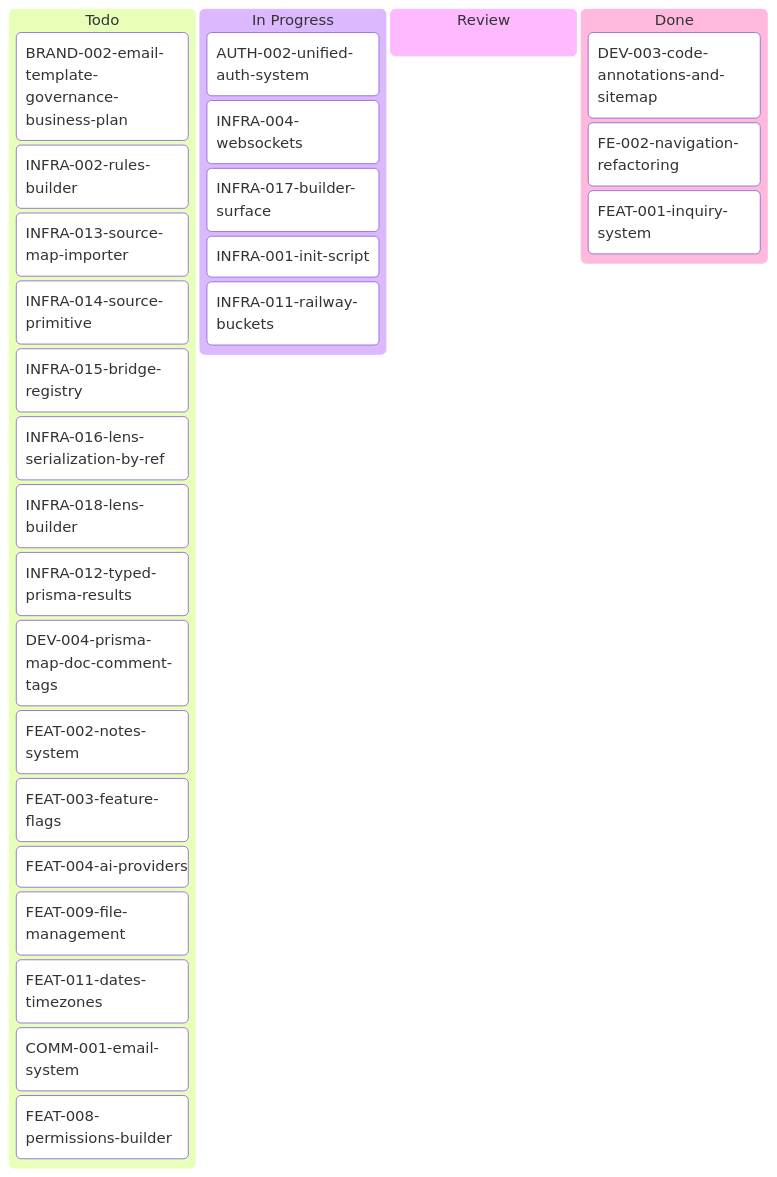
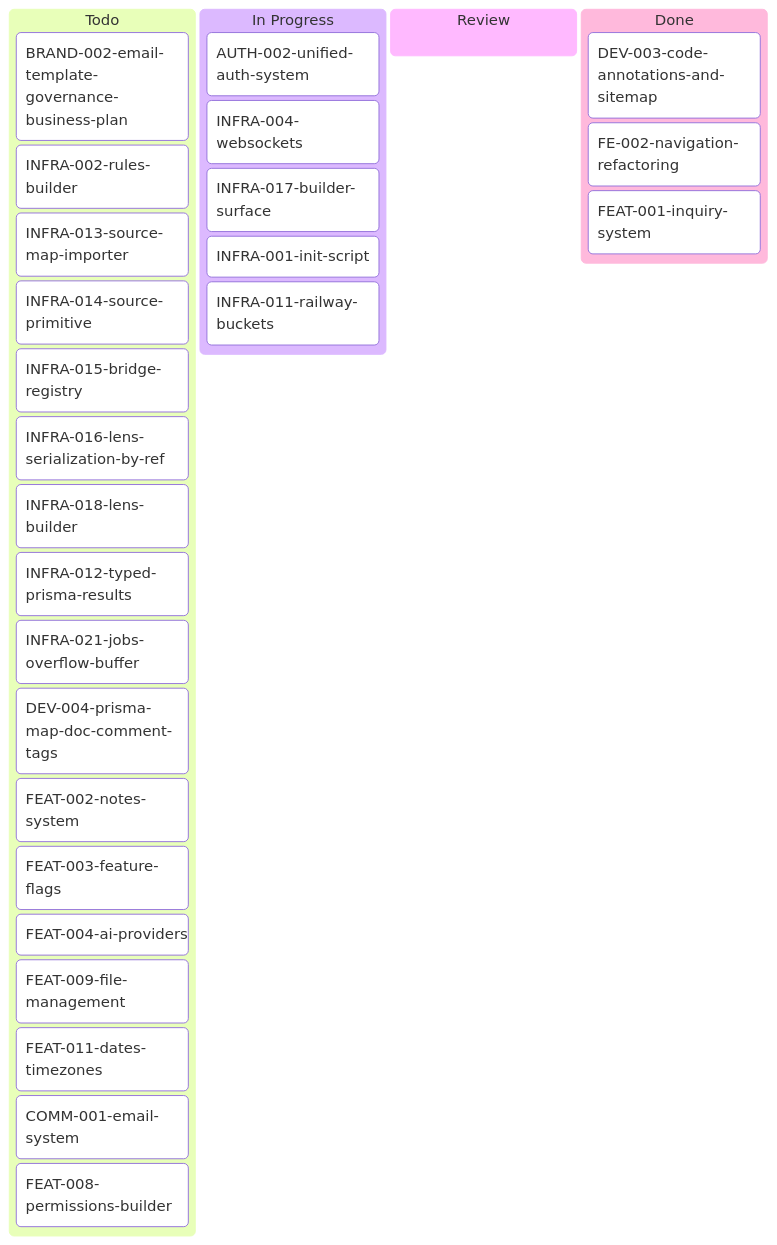
Before and after one commit to inixiative/template: the diagram in tickets/kanban-aron.md, drawn with Mermaid. The commit also changed other lines of this file and 3 other files, not shown here.

First line of the commit message:
ZLT-3008: jobs overflow buffer design + INFRA-021 ticket; makeSingletonJob → createLock

````diff
--- a/tickets/kanban-aron.md
+++ b/tickets/kanban-aron.md
@@ -3,36 +3,37 @@
 ```mermaid
 ---
 config:
   kanban:
     ticketBaseUrl: 'https://github.com/yourorg/template/blob/main/tickets/#TICKET#'
 ---
 kanban
   Todo
     BRAND-002-email-template-governance-business-plan
     INFRA-002-rules-builder
     INFRA-013-source-map-importer
     INFRA-014-source-primitive
     INFRA-015-bridge-registry
     INFRA-016-lens-serialization-by-ref
     INFRA-018-lens-builder
     INFRA-012-typed-prisma-results
+    INFRA-021-jobs-overflow-buffer
     DEV-004-prisma-map-doc-comment-tags
     FEAT-002-notes-system
     FEAT-003-feature-flags
     FEAT-004-ai-providers
     FEAT-009-file-management
     FEAT-011-dates-timezones
     COMM-001-email-system
     FEAT-008-permissions-builder
   In Progress
     AUTH-002-unified-auth-system
     INFRA-004-websockets
     INFRA-017-builder-surface
     INFRA-001-init-script
     INFRA-011-railway-buckets
   Review
   Done
     DEV-003-code-annotations-and-sitemap
     FE-002-navigation-refactoring
     FEAT-001-inquiry-system
 ```
````
